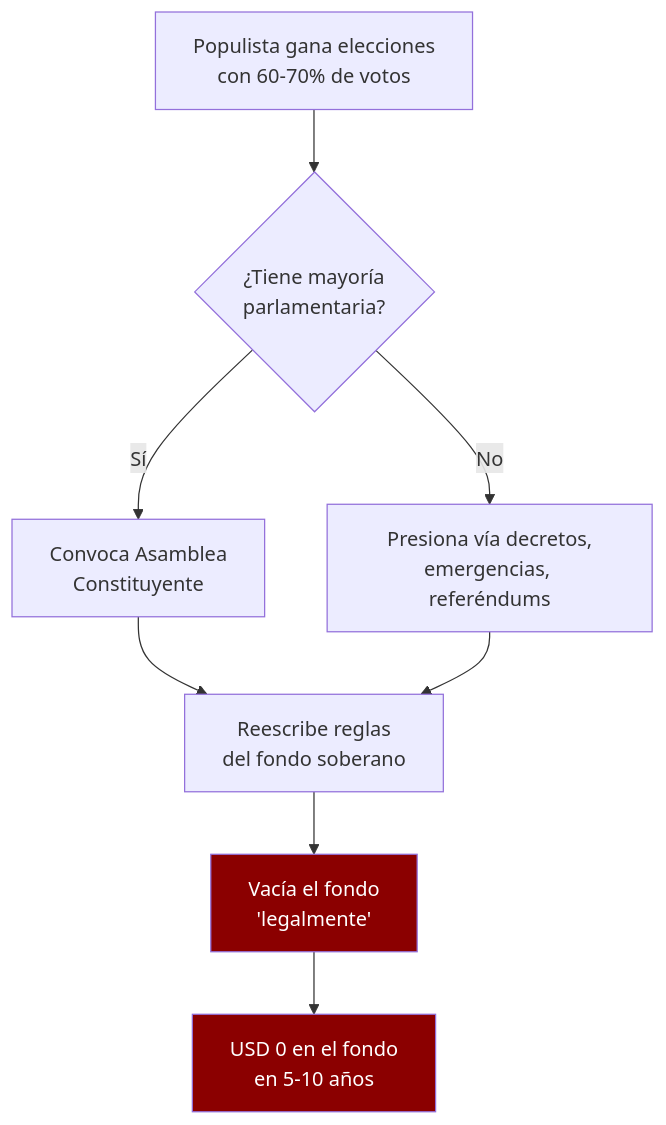
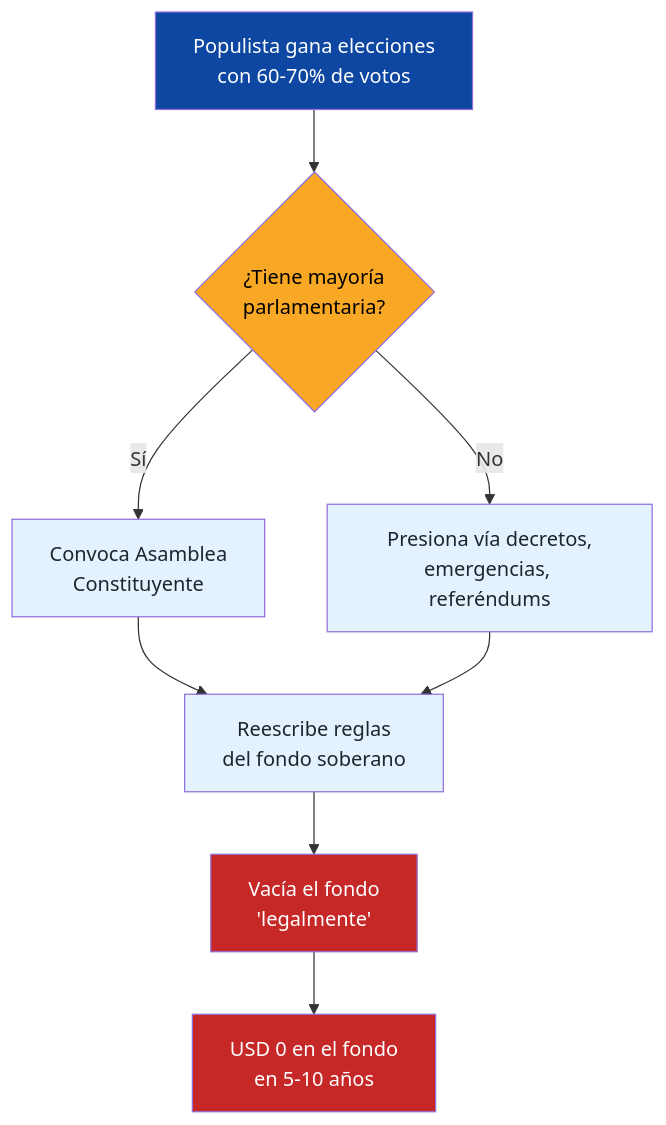
One commit to Venezuela-S-A/venezuela-sa changed the fourth of 5 diagrams in docs/02-motor-financiero/fondo-soberano.md. Above: the diagram before and after it, drawn with Mermaid. The commit also changed other lines of this file and 127 other files, not shown here.

````diff
--- a/docs/02-motor-financiero/fondo-soberano.md
+++ b/docs/02-motor-financiero/fondo-soberano.md
@@ -247,14 +251,19 @@
 ```mermaid
 flowchart TD
     A["Populista gana elecciones<br/>con 60-70% de votos"] --> B{"¿Tiene mayoría<br/>parlamentaria?"}
     B -->|Sí| C["Convoca Asamblea<br/>Constituyente"]
     C --> D["Reescribe reglas<br/>del fondo soberano"]
     D --> E["Vacía el fondo<br/>'legalmente'"]
     B -->|No| F["Presiona vía decretos,<br/>emergencias, referéndums"]
     F --> D
 
     E --> G["USD 0 en el fondo<br/>en 5-10 años"]
 
-    style E fill:#8B0000,color:#fff
-    style G fill:#8B0000,color:#fff
+    style A fill:#0D47A1,color:#fff
+    style B fill:#F9A825,color:#000
+    style C fill:#E3F2FD,color:#1B2631
+    style D fill:#E3F2FD,color:#1B2631
+    style F fill:#E3F2FD,color:#1B2631
+    style E fill:#C62828,color:#fff
+    style G fill:#C62828,color:#fff
 ```
````
